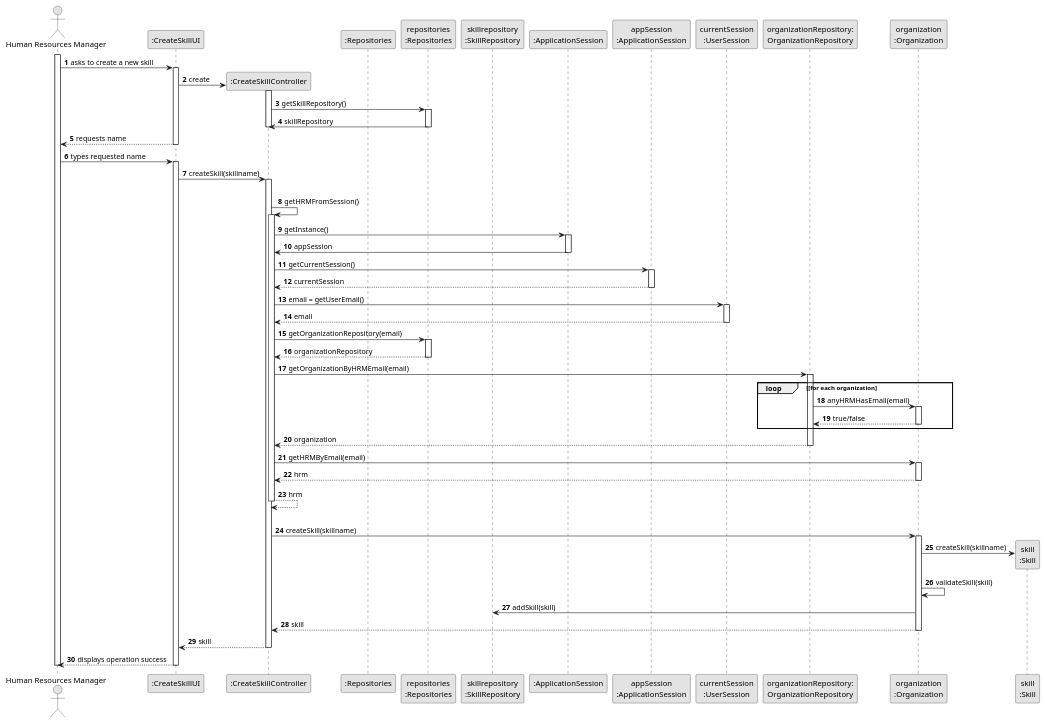
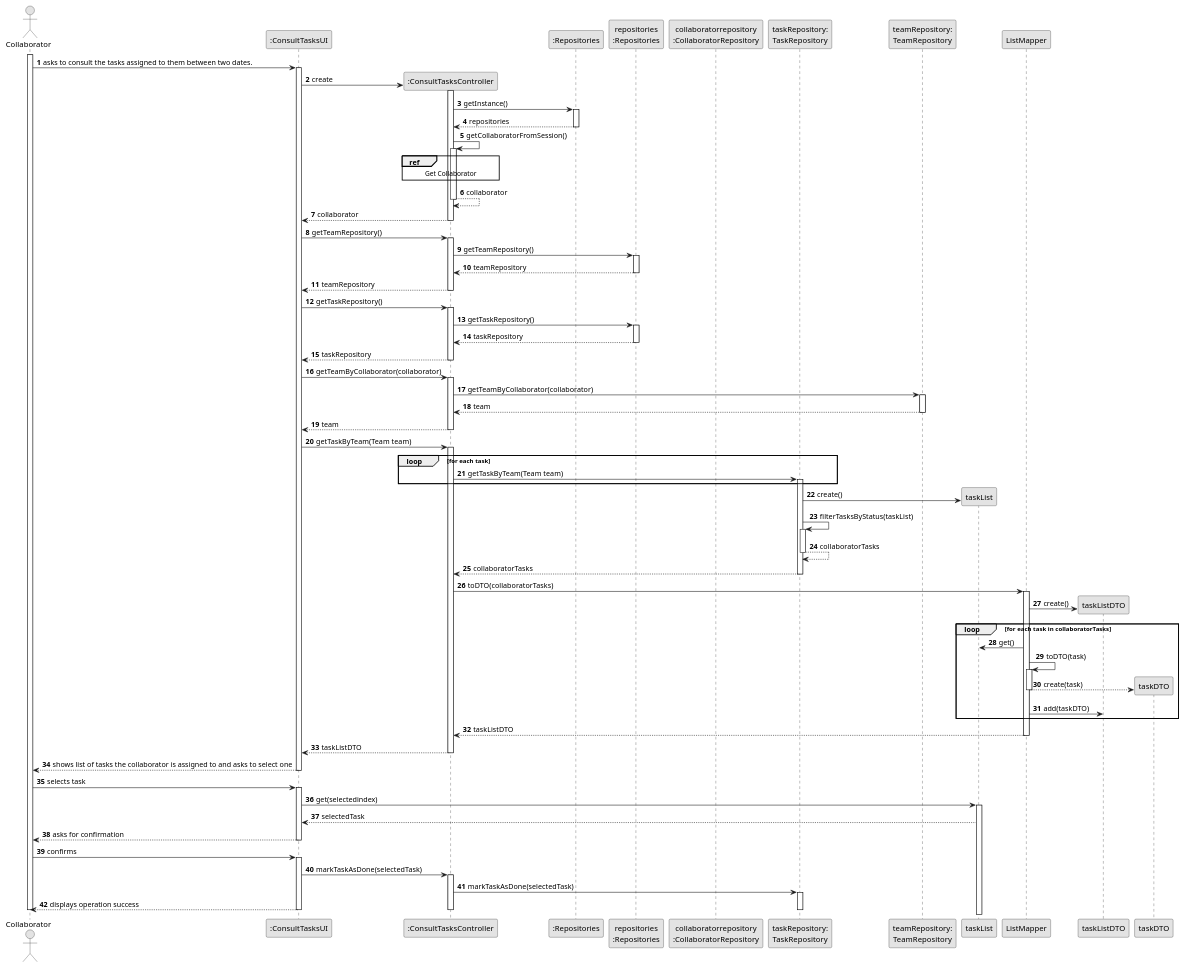
Before and after one commit to tiagosoa/lei-24-s2-1dgh-g073: the diagram in docs/sprint3/us029/03.design/puml/us001-sequence-diagram-full.puml, drawn with PlantUML. The commit also changed 13 other files, not shown here.

```diff
--- a/docs/sprint3/us029/03.design/puml/us001-sequence-diagram-full.puml
+++ b/docs/sprint3/us029/03.design/puml/us001-sequence-diagram-full.puml
@@ -1,123 +1,169 @@
 @startuml
 skinparam monochrome true
 skinparam packageStyle rectangle
 skinparam shadowing false
 
 autonumber
 
 'hide footbox
-actor "Human Resources Manager" as ADM
-participant ":CreateSkillUI" as UI
-participant ":CreateSkillController" as CTRL
+actor "Collaborator" as ADM
+participant ":ConsultTasksUI" as UI
+participant ":ConsultTasksController" as CTRL
 participant ":Repositories" as RepositorySingleton
 participant "repositories\n:Repositories" as PLAT
-participant "skillrepository\n:SkillRepository" as SR
-participant ":ApplicationSession" as _APP
-participant "appSession\n:ApplicationSession" as APP
-participant "currentSession\n:UserSession" as SESSAO
-participant "organizationRepository:\nOrganizationRepository" as OrganizationRepository
-participant "organization\n:Organization" as ORG
-participant "skill\n:Skill" as HABILIDADE
+participant "collaboratorrepository\n:CollaboratorRepository" as CR
+participant "taskRepository:\nTaskRepository" as TAR
+participant "teamRepository:\nTeamRepository" as TER
+participant "taskList" as TL
+participant "ListMapper" as LM
+participant "taskListDTO" as TLDTO
+participant "taskDTO" as TDTO
+
 
 activate ADM
 
-        ADM -> UI : asks to create a new skill
+        ADM -> UI : asks to consult the tasks assigned to them between two dates.
 
         activate UI
 
-'            UI --> ADM : requests data (name)
+'            UI --> ADM : requests data (reference, description,  informal \n description, technical description, duration, cost)
             'create CTRL
             UI -> CTRL** : create
-
             activate CTRL
 
-                 CTRL -> PLAT : getSkillRepository()
-                         activate PLAT
+                                  CTRL -> RepositorySingleton : getInstance()
+                                                    activate RepositorySingleton
 
-                     PLAT -> CTRL : skillRepository
-                     deactivate PLAT
-    deactivate CTRL
-    UI --> ADM : requests name
-    deactivate UI
+                                                        RepositorySingleton --> CTRL: repositories
+                                                    deactivate RepositorySingleton
 
-    ADM -> UI : types requested name
-    activate UI
+                                                     CTRL -> CTRL : getCollaboratorFromSession()
+                                                     activate CTRL
 
-        UI -> CTRL : createSkill(skillname)
+                                                     ref over CTRL
+                                                     Get Collaborator
+                                                     end
+
+                                                         CTRL --> CTRL : collaborator
+                                                     deactivate CTRL
+
+                                                     CTRL --> UI : collaborator
+                                                     deactivate CTRL
+
+            UI -> CTRL : getTeamRepository()
+            activate CTRL
+
+                CTRL -> PLAT : getTeamRepository()
+                activate PLAT
+
+           PLAT --> CTRL : teamRepository
+           deactivate PLAT
+
+           CTRL --> UI : teamRepository
+           deactivate CTRL
+
+                       UI -> CTRL : getTaskRepository()
+                       activate CTRL
+
+                           CTRL -> PLAT : getTaskRepository()
+                           activate PLAT
+
+                      PLAT --> CTRL : taskRepository
+                      deactivate PLAT
+
+                      CTRL --> UI : taskRepository
+                      deactivate CTRL
+
+                    UI -> CTRL : getTeamByCollaborator(collaborator)
+                    activate CTRL
+
+                        CTRL -> TER : getTeamByCollaborator(collaborator)
+                        activate TER
+
+                   TER --> CTRL : team
+                   deactivate TER
+
+                   CTRL --> UI : team
+                   deactivate CTRL
+            UI -> CTRL: getTaskByTeam(Team team)
+            activate CTRL
+
+            loop for each task
+                CTRL -> TAR : getTaskByTeam(Team team)
+                activate TAR
+            end
+
+
+            TAR -> TL**: create()
+
+
+           TAR -> TAR: filterTasksByStatus(taskList)
+           activate TAR
+
+           TAR --> TAR: collaboratorTasks
+           deactivate TAR
+
+            TAR --> CTRL: collaboratorTasks
+            deactivate TAR
+
+            CTRL -> LM: toDTO(collaboratorTasks)
+            activate LM
+
+            LM -> TLDTO**: create()
+
+            loop for each task in collaboratorTasks
+
+            LM -> TL: get()
+
+            LM -> LM: toDTO(task)
+            activate LM
+
+            LM --> TDTO**: create(task)
+            deactivate LM
+
+            LM -> TLDTO: add(taskDTO)
+            end
+
+                            LM --> CTRL : taskListDTO
+
+                        deactivate LM
+
+                        CTRL --> UI : taskListDTO
+                        deactivate CTRL
+        UI --> ADM: shows list of tasks the collaborator is assigned to and asks to select one
+        deactivate UI
+
+        ADM -> UI: selects task
+        activate UI
+
+        UI -> TL: get(selectedindex)
+        activate TL
+
+        TL --> UI: selectedTask
+
+                UI --> ADM: asks for confirmation
+                deactivate UI
+
+                ADM -> UI: confirms
+                activate UI
+
+
+
+
+
+
+        UI -> CTRL : markTaskAsDone(selectedTask)
         activate CTRL
 
-            |||
-            CTRL -> CTRL : getHRMFromSession()
-            activate CTRL
-
-                CTRL -> _APP: getInstance()
-                activate _APP
-                    _APP -> CTRL: appSession
-                deactivate _APP
+        CTRL -> TAR : markTaskAsDone(selectedTask)
+        activate TAR
 
 
-                CTRL -> APP: getCurrentSession()
-                activate APP
-
-                    APP --> CTRL: currentSession
-                deactivate APP
-
-                CTRL -> SESSAO: email = getUserEmail()
-                activate SESSAO
-
-                    SESSAO --> CTRL: email
-                deactivate SESSAO
-
-
-                CTRL -> PLAT: getOrganizationRepository(email)
-                activate PLAT
-
-                    PLAT --> CTRL: organizationRepository
-                deactivate PLAT
-
-
-                CTRL -> OrganizationRepository: getOrganizationByHRMEmail(email)
-                activate OrganizationRepository
-
-                    loop [for each organization
-                        OrganizationRepository -> ORG : anyHRMHasEmail(email)
-                        activate ORG
-
-                             ORG --> OrganizationRepository : true/false
-                        deactivate ORG
-                    end
-                    OrganizationRepository --> CTRL : organization
-                deactivate OrganizationRepository
-
-                CTRL -> ORG: getHRMByEmail(email)
-                activate ORG
-
-                    ORG --> CTRL : hrm
-                deactivate ORG
-
-                CTRL --> CTRL : hrm
+            UI --> ADM: displays operation success
             deactivate CTRL
-
-            |||
-            CTRL -> ORG: createSkill(skillname)
-            activate ORG
-
-                ORG -> HABILIDADE**: createSkill(skillname)
-
-                ORG -> ORG: validateSkill(skill)
-
-                ORG -> SR: addSkill(skill)
-
-
-                ORG --> CTRL : skill
-
-            deactivate ORG
-
-            CTRL --> UI: skill
-            deactivate CTRL
-            UI --> ADM: displays operation success
+            deactivate TAR
     deactivate UI
 
 deactivate ADM
 
 @enduml
```
